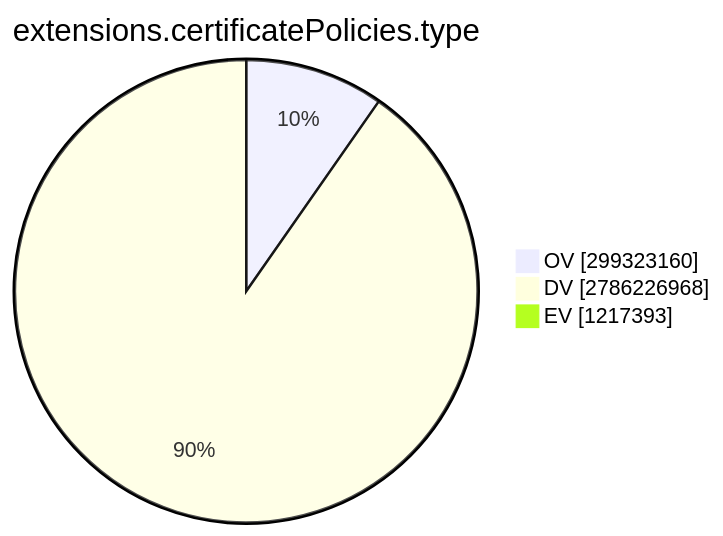
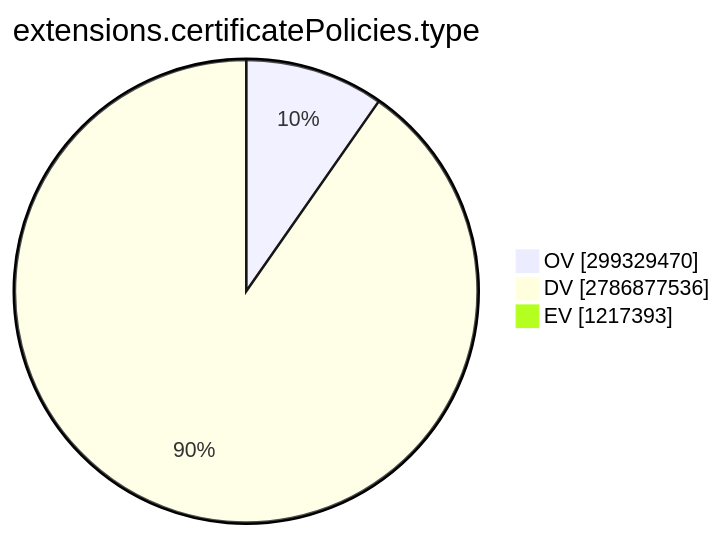
The ninth of 15 diagrams in TOTAL/README.md (christiankrug/ctmonitor_visualization), drawn with Mermaid before and after one commit. The commit also changed other lines of this file, not shown here.

````diff
--- a/TOTAL/README.md
+++ b/TOTAL/README.md
@@ -3101,7 +3101,7 @@
 ```mermaid
 pie showData
 title extensions.certificatePolicies.type
-"OV" :299323160
-"DV" :2786226968
+"OV" :299329470
+"DV" :2786877536
 "EV" :1217393
 ```
````
